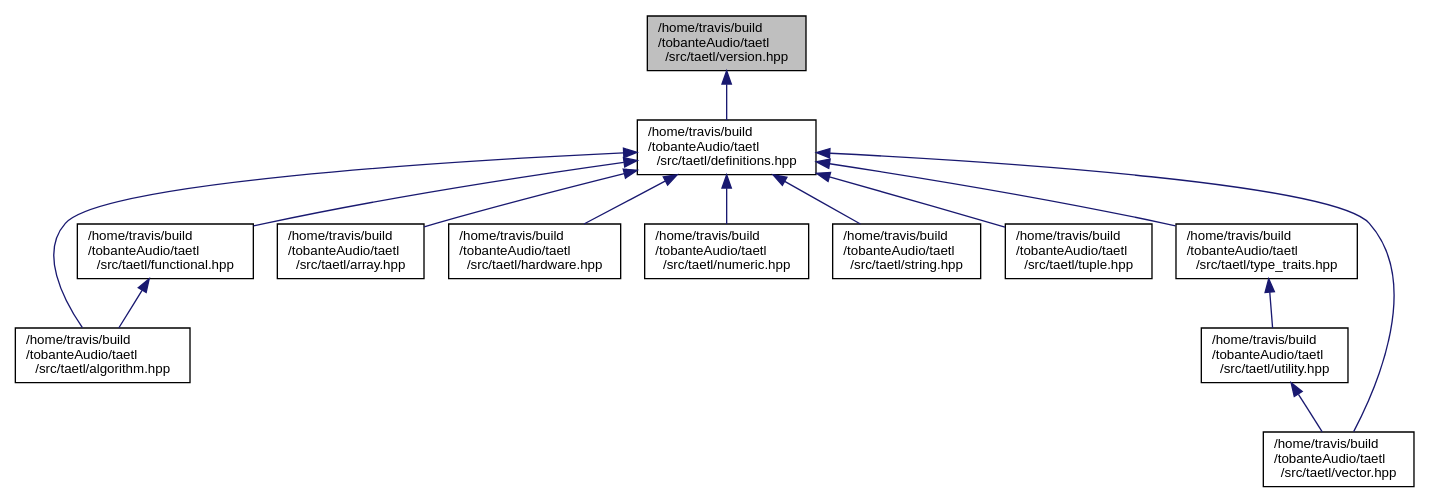
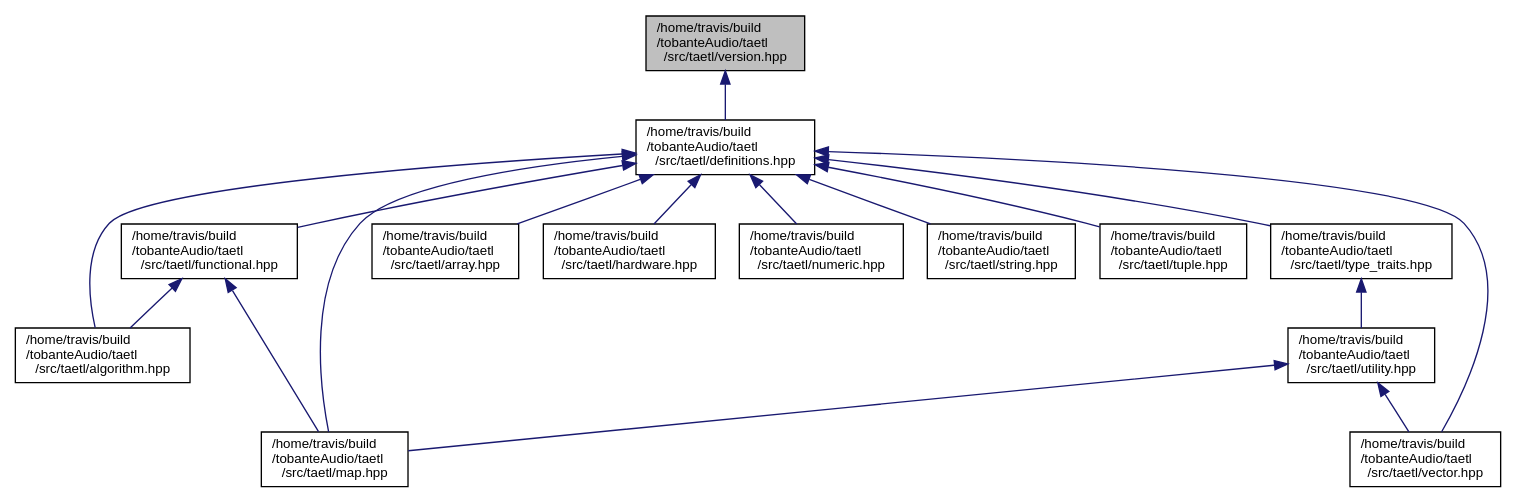
Before and after one commit to tobanteAudio/taetl: the diagram in version_8hpp__dep__incl.dot, drawn with Graphviz. The commit also changed 142 other files, not shown here.

Commit message:
Deploy tobanteAudio/taetl to github.com/tobanteAudio/taetl.git:gh-pages

```diff
--- a/version_8hpp__dep__incl.dot
+++ b/version_8hpp__dep__incl.dot
@@ -1,30 +1,34 @@
 digraph "/home/travis/build/tobanteAudio/taetl/src/taetl/version.hpp"
 {
   edge [fontname="Helvetica",fontsize="10",labelfontname="Helvetica",labelfontsize="10"];
   node [fontname="Helvetica",fontsize="10",shape=record];
   Node1 [label="/home/travis/build\l/tobanteAudio/taetl\l/src/taetl/version.hpp",height=0.2,width=0.4,color="black", fillcolor="grey75", style="filled", fontcolor="black"];
   Node1 -> Node2 [dir="back",color="midnightblue",fontsize="10",style="solid",fontname="Helvetica"];
   Node2 [label="/home/travis/build\l/tobanteAudio/taetl\l/src/taetl/definitions.hpp",height=0.2,width=0.4,color="black", fillcolor="white", style="filled",URL="$definitions_8hpp.html"];
   Node2 -> Node3 [dir="back",color="midnightblue",fontsize="10",style="solid",fontname="Helvetica"];
   Node3 [label="/home/travis/build\l/tobanteAudio/taetl\l/src/taetl/algorithm.hpp",height=0.2,width=0.4,color="black", fillcolor="white", style="filled",URL="$algorithm_8hpp.html"];
   Node2 -> Node4 [dir="back",color="midnightblue",fontsize="10",style="solid",fontname="Helvetica"];
   Node4 [label="/home/travis/build\l/tobanteAudio/taetl\l/src/taetl/functional.hpp",height=0.2,width=0.4,color="black", fillcolor="white", style="filled",URL="$functional_8hpp.html"];
   Node4 -> Node3 [dir="back",color="midnightblue",fontsize="10",style="solid",fontname="Helvetica"];
+  Node4 -> Node5 [dir="back",color="midnightblue",fontsize="10",style="solid",fontname="Helvetica"];
+  Node5 [label="/home/travis/build\l/tobanteAudio/taetl\l/src/taetl/map.hpp",height=0.2,width=0.4,color="black", fillcolor="white", style="filled",URL="$map_8hpp.html"];
+  Node2 -> Node6 [dir="back",color="midnightblue",fontsize="10",style="solid",fontname="Helvetica"];
+  Node6 [label="/home/travis/build\l/tobanteAudio/taetl\l/src/taetl/array.hpp",height=0.2,width=0.4,color="black", fillcolor="white", style="filled",URL="$array_8hpp.html"];
+  Node2 -> Node7 [dir="back",color="midnightblue",fontsize="10",style="solid",fontname="Helvetica"];
+  Node7 [label="/home/travis/build\l/tobanteAudio/taetl\l/src/taetl/hardware.hpp",height=0.2,width=0.4,color="black", fillcolor="white", style="filled",URL="$hardware_8hpp.html"];
   Node2 -> Node5 [dir="back",color="midnightblue",fontsize="10",style="solid",fontname="Helvetica"];
-  Node5 [label="/home/travis/build\l/tobanteAudio/taetl\l/src/taetl/array.hpp",height=0.2,width=0.4,color="black", fillcolor="white", style="filled",URL="$array_8hpp.html"];
-  Node2 -> Node6 [dir="back",color="midnightblue",fontsize="10",style="solid",fontname="Helvetica"];
-  Node6 [label="/home/travis/build\l/tobanteAudio/taetl\l/src/taetl/hardware.hpp",height=0.2,width=0.4,color="black", fillcolor="white", style="filled",URL="$hardware_8hpp.html"];
-  Node2 -> Node7 [dir="back",color="midnightblue",fontsize="10",style="solid",fontname="Helvetica"];
-  Node7 [label="/home/travis/build\l/tobanteAudio/taetl\l/src/taetl/numeric.hpp",height=0.2,width=0.4,color="black", fillcolor="white", style="filled",URL="$numeric_8hpp.html"];
   Node2 -> Node8 [dir="back",color="midnightblue",fontsize="10",style="solid",fontname="Helvetica"];
-  Node8 [label="/home/travis/build\l/tobanteAudio/taetl\l/src/taetl/string.hpp",height=0.2,width=0.4,color="black", fillcolor="white", style="filled",URL="$string_8hpp.html"];
+  Node8 [label="/home/travis/build\l/tobanteAudio/taetl\l/src/taetl/numeric.hpp",height=0.2,width=0.4,color="black", fillcolor="white", style="filled",URL="$numeric_8hpp.html"];
   Node2 -> Node9 [dir="back",color="midnightblue",fontsize="10",style="solid",fontname="Helvetica"];
-  Node9 [label="/home/travis/build\l/tobanteAudio/taetl\l/src/taetl/tuple.hpp",height=0.2,width=0.4,color="black", fillcolor="white", style="filled",URL="$tuple_8hpp.html"];
+  Node9 [label="/home/travis/build\l/tobanteAudio/taetl\l/src/taetl/string.hpp",height=0.2,width=0.4,color="black", fillcolor="white", style="filled",URL="$string_8hpp.html"];
   Node2 -> Node10 [dir="back",color="midnightblue",fontsize="10",style="solid",fontname="Helvetica"];
-  Node10 [label="/home/travis/build\l/tobanteAudio/taetl\l/src/taetl/type_traits.hpp",height=0.2,width=0.4,color="black", fillcolor="white", style="filled",URL="$type__traits_8hpp.html"];
-  Node10 -> Node11 [dir="back",color="midnightblue",fontsize="10",style="solid",fontname="Helvetica"];
-  Node11 [label="/home/travis/build\l/tobanteAudio/taetl\l/src/taetl/utility.hpp",height=0.2,width=0.4,color="black", fillcolor="white", style="filled",URL="$utility_8hpp.html"];
+  Node10 [label="/home/travis/build\l/tobanteAudio/taetl\l/src/taetl/tuple.hpp",height=0.2,width=0.4,color="black", fillcolor="white", style="filled",URL="$tuple_8hpp.html"];
+  Node2 -> Node11 [dir="back",color="midnightblue",fontsize="10",style="solid",fontname="Helvetica"];
+  Node11 [label="/home/travis/build\l/tobanteAudio/taetl\l/src/taetl/type_traits.hpp",height=0.2,width=0.4,color="black", fillcolor="white", style="filled",URL="$type__traits_8hpp.html"];
   Node11 -> Node12 [dir="back",color="midnightblue",fontsize="10",style="solid",fontname="Helvetica"];
-  Node12 [label="/home/travis/build\l/tobanteAudio/taetl\l/src/taetl/vector.hpp",height=0.2,width=0.4,color="black", fillcolor="white", style="filled",URL="$vector_8hpp.html"];
-  Node2 -> Node12 [dir="back",color="midnightblue",fontsize="10",style="solid",fontname="Helvetica"];
+  Node12 [label="/home/travis/build\l/tobanteAudio/taetl\l/src/taetl/utility.hpp",height=0.2,width=0.4,color="black", fillcolor="white", style="filled",URL="$utility_8hpp.html"];
+  Node12 -> Node5 [dir="back",color="midnightblue",fontsize="10",style="solid",fontname="Helvetica"];
+  Node12 -> Node13 [dir="back",color="midnightblue",fontsize="10",style="solid",fontname="Helvetica"];
+  Node13 [label="/home/travis/build\l/tobanteAudio/taetl\l/src/taetl/vector.hpp",height=0.2,width=0.4,color="black", fillcolor="white", style="filled",URL="$vector_8hpp.html"];
+  Node2 -> Node13 [dir="back",color="midnightblue",fontsize="10",style="solid",fontname="Helvetica"];
 }
```
